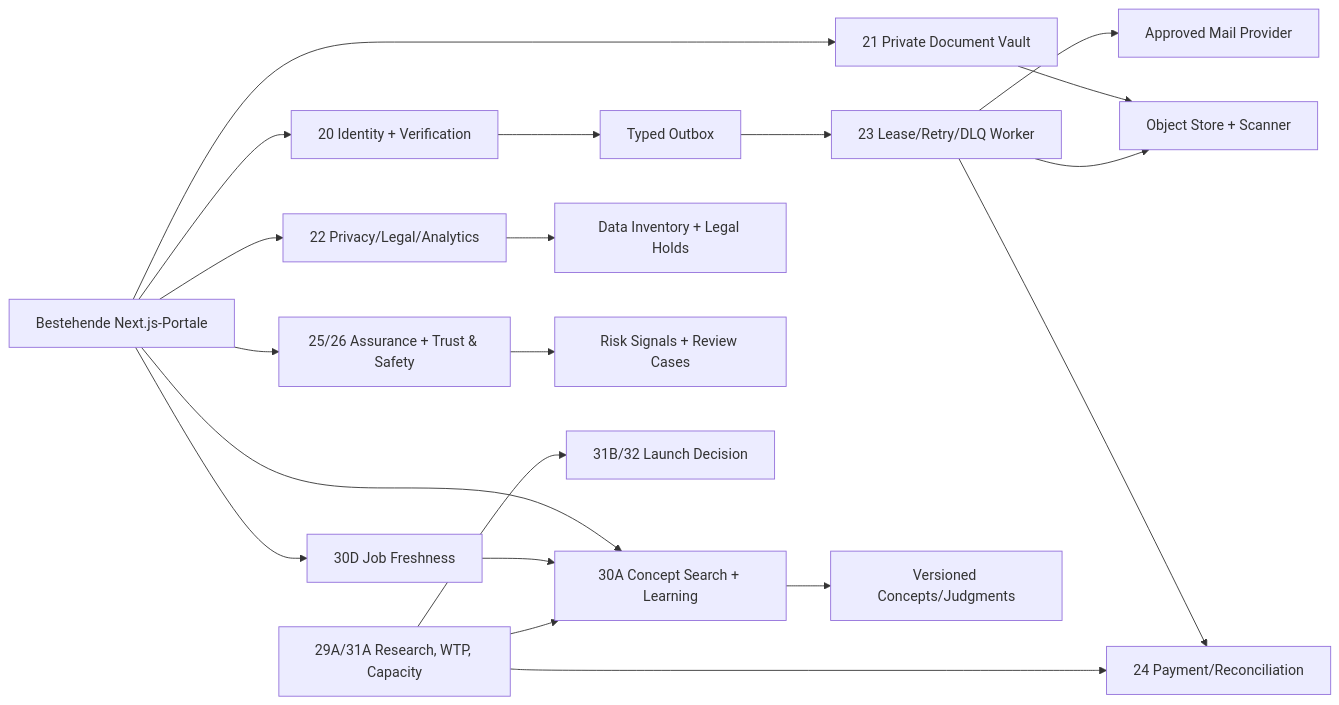
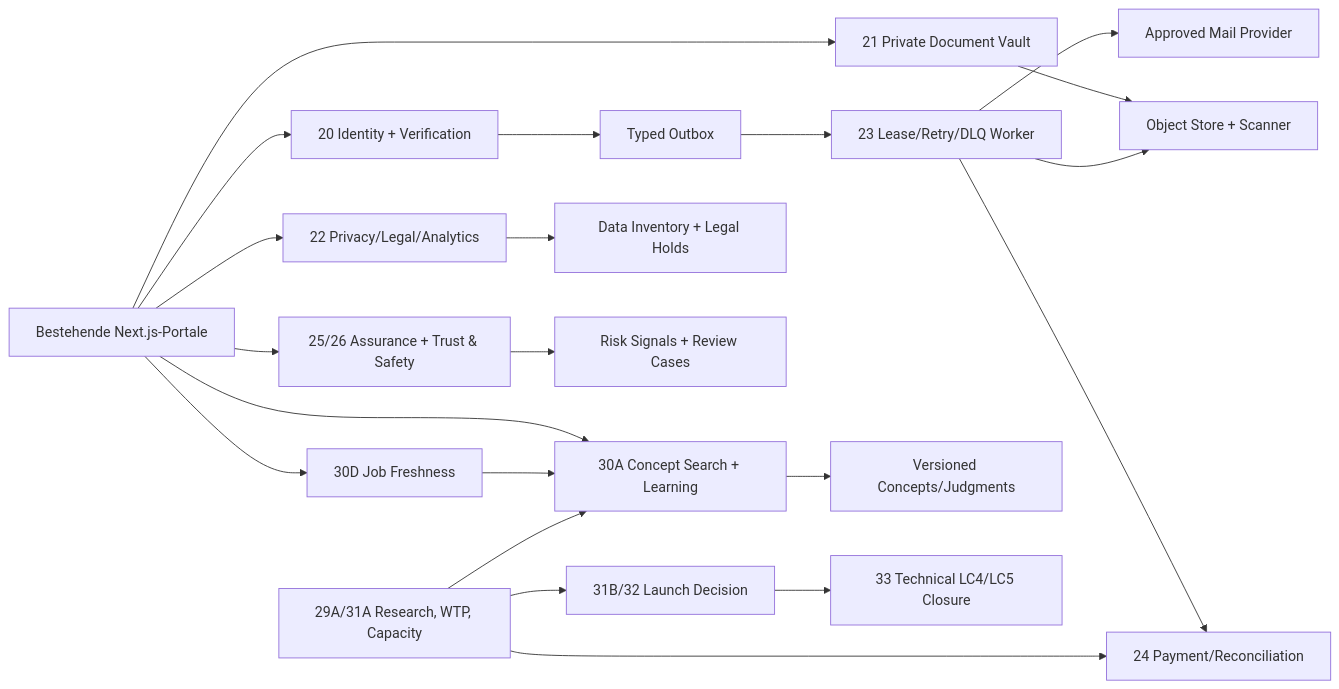
The third of 4 diagrams in codex-plan/architecture-blueprint.md (carosellagiuliano-max/PortalGERM), drawn with Mermaid before and after one commit. The commit also changed other lines of this file and 316 other files, not shown here.

````diff
--- a/codex-plan/architecture-blueprint.md
+++ b/codex-plan/architecture-blueprint.md
@@ -556,22 +560,23 @@
 ```mermaid
 flowchart LR
   Web["Bestehende Next.js-Portale"] --> Auth["20 Identity + Verification"]
   Web --> Vault["21 Private Document Vault"]
   Web --> Privacy["22 Privacy/Legal/Analytics"]
   Web --> Trust["25/26 Assurance + Trust & Safety"]
   Web --> Search["30A Concept Search + Learning"]
   Web --> Fresh["30D Job Freshness"]
   Auth --> Outbox["Typed Outbox"]
   Vault --> Objects["Object Store + Scanner"]
   Privacy --> Inventory["Data Inventory + Legal Holds"]
   Outbox --> Worker["23 Lease/Retry/DLQ Worker"]
   Worker --> Mail["Approved Mail Provider"]
   Worker --> Objects
   Worker --> Payment["24 Payment/Reconciliation"]
   Trust --> Risk["Risk Signals + Review Cases"]
   Search --> Taxonomy["Versioned Concepts/Judgments"]
   Fresh --> Search
   Discovery["29A/31A Research, WTP, Capacity"] --> Search
   Discovery --> Payment
   Discovery --> Release["31B/32 Launch Decision"]
+  Release --> Closure["33 Technical LC4/LC5 Closure"]
 ```
````
